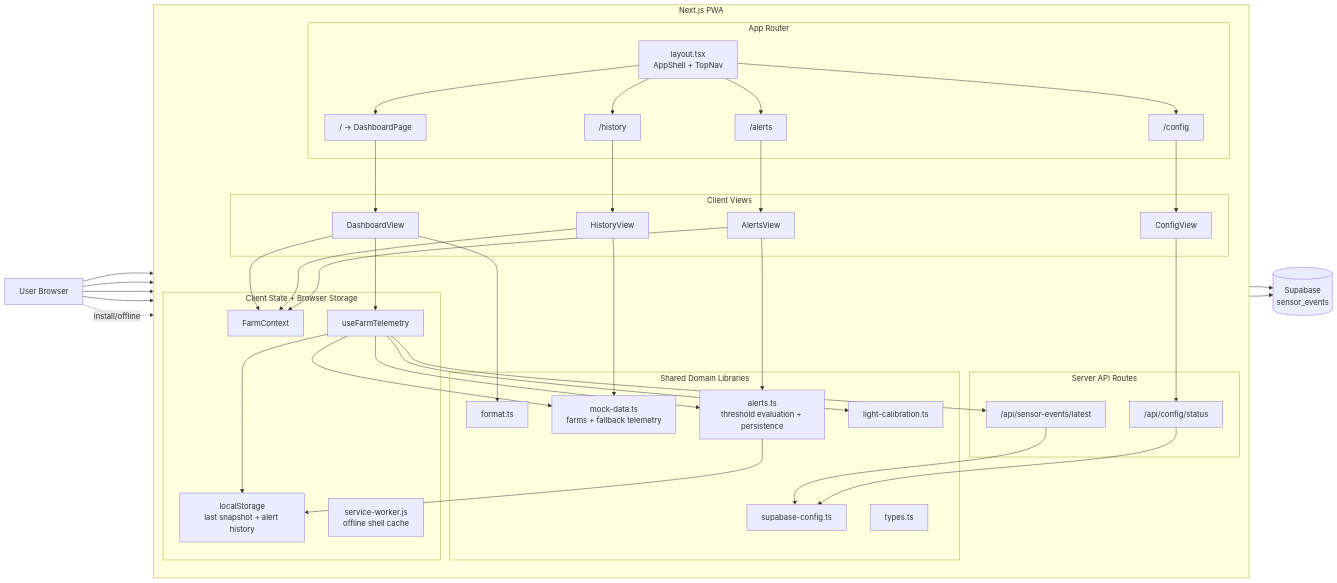
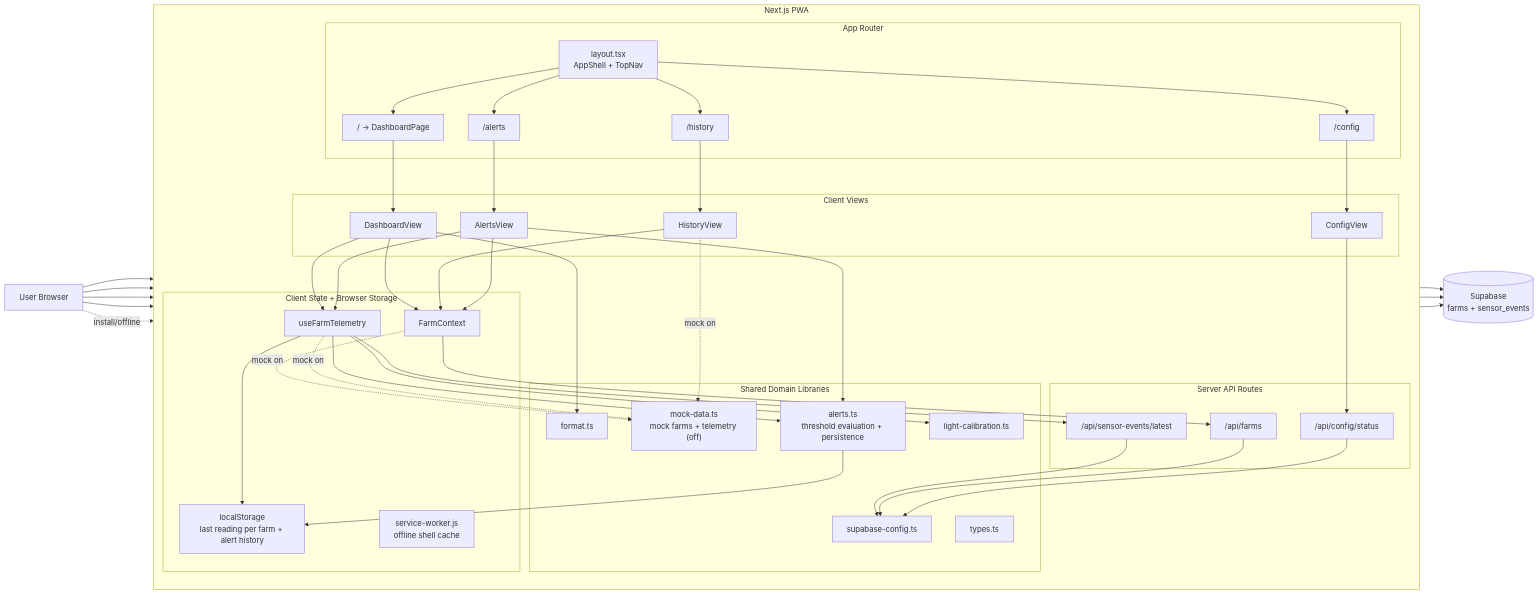
One commit to Ca1eb9/verdant-os changed the first of 2 diagrams in web/docs/uml.md. Above: the diagram before and after it, drawn with Mermaid. The commit also changed other lines of this file and 33 other files, not shown here.

```diff
--- a/web/docs/uml.md
+++ b/web/docs/uml.md
@@ -34,12 +34,12 @@
         subgraph ClientState[Client State + Browser Storage]
             FarmContext["FarmContext"]
             TelemetryHook["useFarmTelemetry"]
-            LocalStorage["localStorage\nlast snapshot + alert history"]
+            LocalStorage["localStorage\nlast reading per farm + alert history"]
             ServiceWorker["service-worker.js\noffline shell cache"]
         end
 
         subgraph DomainLib[Shared Domain Libraries]
-            MockData["mock-data.ts\nfarms + fallback telemetry"]
+            MockData["mock-data.ts\nmock farms + telemetry (off)"]
             AlertsLib["alerts.ts\nthreshold evaluation + persistence"]
             LightCal["light-calibration.ts"]
             FormatLib["format.ts"]
@@ -49,11 +49,12 @@
 
         subgraph ApiRoutes[Server API Routes]
             LatestRoute["/api/sensor-events/latest"]
+            FarmsRoute["/api/farms"]
             StatusRoute["/api/config/status"]
         end
     end
 
-    DB[(Supabase\nsensor_events)]
+    DB[(Supabase\nfarms + sensor_events)]
 
     User --> DashboardPage
     User --> HistoryPage
@@ -74,20 +75,25 @@
     DashboardView --> TelemetryHook
     DashboardView --> FormatLib
     HistoryView --> FarmContext
-    HistoryView --> MockData
+    HistoryView -. mock on .-> MockData
     AlertsView --> FarmContext
+    AlertsView --> TelemetryHook
+    FarmContext --> FarmsRoute
+    FarmContext -. mock on .-> MockData
     AlertsView --> AlertsLib
     ConfigView --> StatusRoute
 
     TelemetryHook --> LatestRoute
     TelemetryHook --> AlertsLib
-    TelemetryHook --> MockData
+    TelemetryHook -. mock on .-> MockData
     TelemetryHook --> LightCal
     TelemetryHook --> LocalStorage
 
     AlertsLib --> LocalStorage
 
     LatestRoute --> SupabaseConfig
+    FarmsRoute --> SupabaseConfig
+    FarmsRoute --> DB
     StatusRoute --> SupabaseConfig
     LatestRoute --> DB
     StatusRoute --> DB
```
